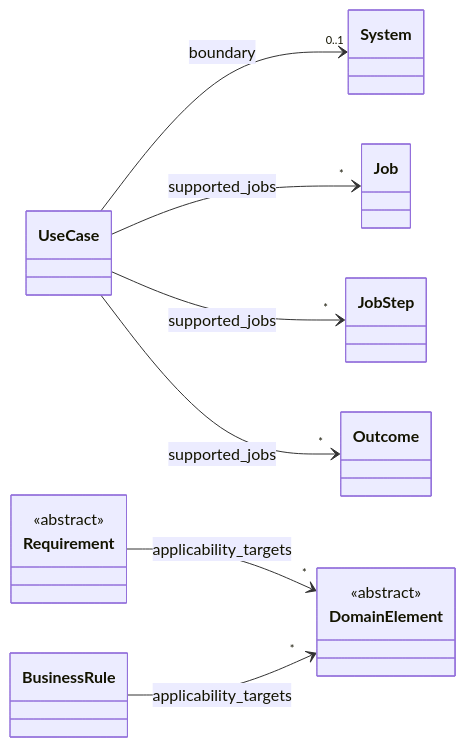
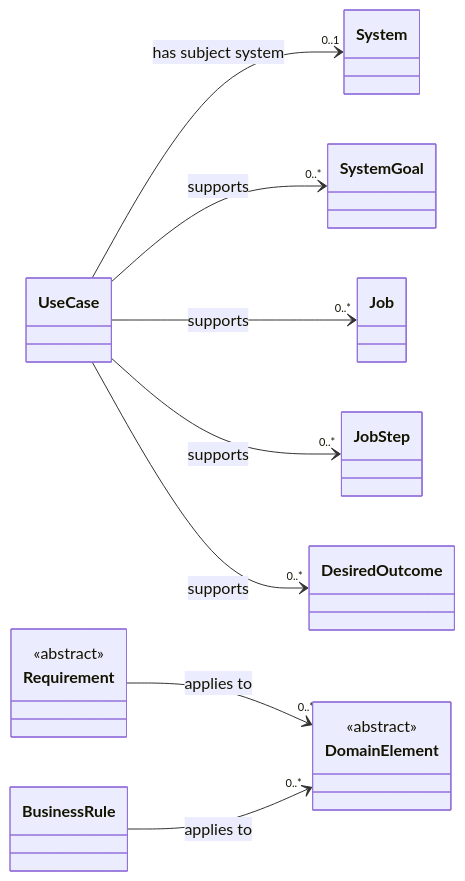
Before and after one commit to craigsmitham/dotspec: the eighth of 11 diagrams in docs/reference/model/core.md, drawn with Mermaid. The commit also changed other lines of this file and 110 other files, not shown here.

````diff
--- a/docs/reference/model/core.md
+++ b/docs/reference/model/core.md
@@ -144,20 +177,22 @@
 ```mermaid
 classDiagram
     direction LR
     class UseCase
     class System
     class Job
     class JobStep
-    class Outcome
+    class DesiredOutcome
     class Requirement
     <<abstract>> Requirement
     class BusinessRule
     class DomainElement
     <<abstract>> DomainElement
-    UseCase --> "0..1" System : boundary
-    UseCase --> "*" Job : supported_jobs
-    UseCase --> "*" JobStep : supported_jobs
-    UseCase --> "*" Outcome : supported_jobs
-    Requirement --> "*" DomainElement : applicability_targets
-    BusinessRule --> "*" DomainElement : applicability_targets
+    class SystemGoal
+    UseCase --> "0..1" System : has subject system
+    UseCase --> "0..*" SystemGoal : supports
+    UseCase --> "0..*" Job : supports
+    UseCase --> "0..*" JobStep : supports
+    UseCase --> "0..*" DesiredOutcome : supports
+    Requirement --> "0..*" DomainElement : applies to
+    BusinessRule --> "0..*" DomainElement : applies to
 ```
````
